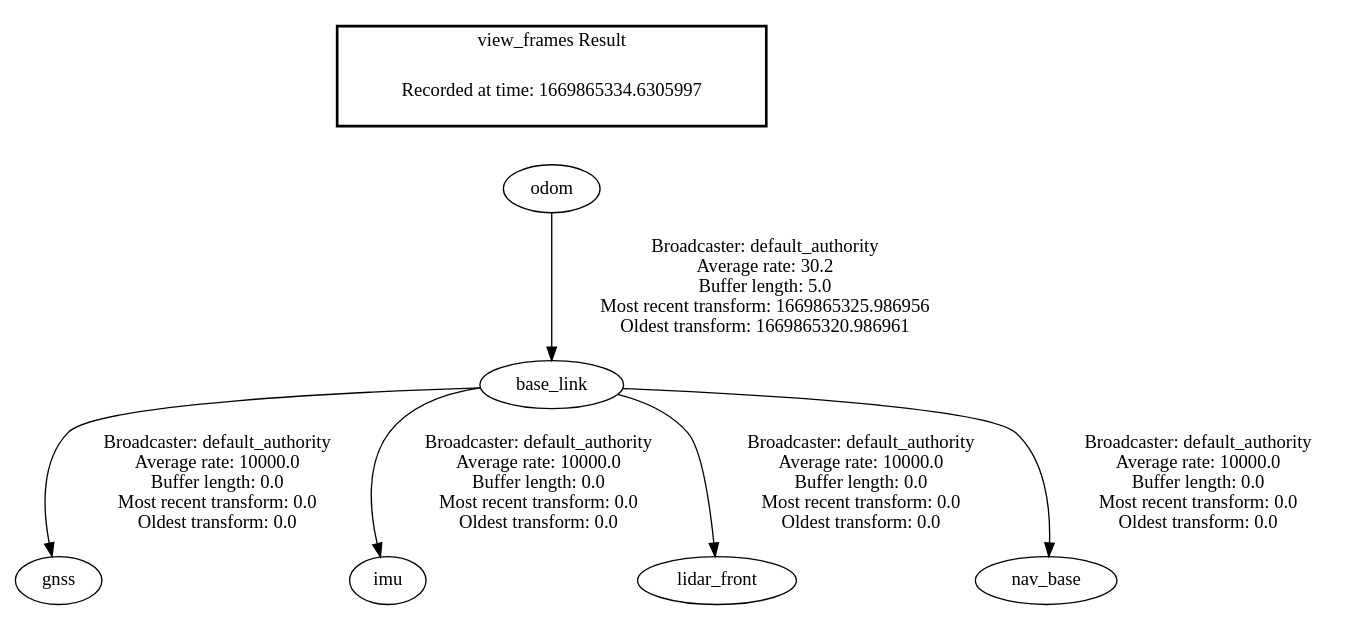
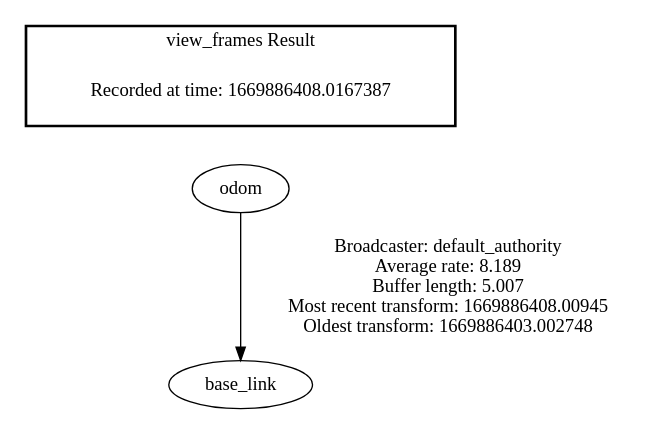
The diagram in frames.gv (dengsutao/AutowareAuto), drawn with Graphviz before and after one commit. The commit also changed 10 other files, not shown here.

Commit message:
new code to publish tf:odom2base_link

```diff
--- a/frames.gv
+++ b/frames.gv
@@ -1,11 +1,7 @@
 digraph G {
-"base_link" -> "gnss"[label=" Broadcaster: default_authority\nAverage rate: 10000.0\nBuffer length: 0.0\nMost recent transform: 0.0\nOldest transform: 0.0\n"];
-"odom" -> "base_link"[label=" Broadcaster: default_authority\nAverage rate: 30.2\nBuffer length: 5.0\nMost recent transform: 1669865325.986956\nOldest transform: 1669865320.986961\n"];
-"base_link" -> "imu"[label=" Broadcaster: default_authority\nAverage rate: 10000.0\nBuffer length: 0.0\nMost recent transform: 0.0\nOldest transform: 0.0\n"];
-"base_link" -> "lidar_front"[label=" Broadcaster: default_authority\nAverage rate: 10000.0\nBuffer length: 0.0\nMost recent transform: 0.0\nOldest transform: 0.0\n"];
-"base_link" -> "nav_base"[label=" Broadcaster: default_authority\nAverage rate: 10000.0\nBuffer length: 0.0\nMost recent transform: 0.0\nOldest transform: 0.0\n"];
+"odom" -> "base_link"[label=" Broadcaster: default_authority\nAverage rate: 8.189\nBuffer length: 5.007\nMost recent transform: 1669886408.00945\nOldest transform: 1669886403.002748\n"];
 edge [style=invis];
  subgraph cluster_legend { style=bold; color=black; label ="view_frames Result";
-"Recorded at time: 1669865334.6305997"[ shape=plaintext ] ;
+"Recorded at time: 1669886408.0167387"[ shape=plaintext ] ;
 }->"odom";
 }
```
